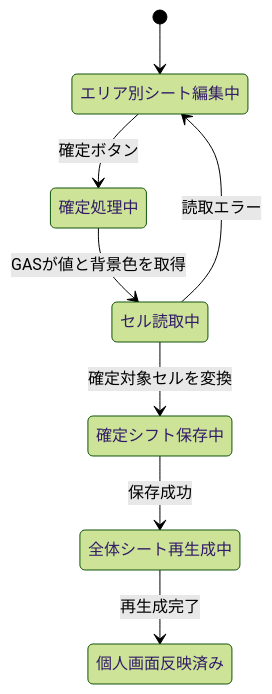
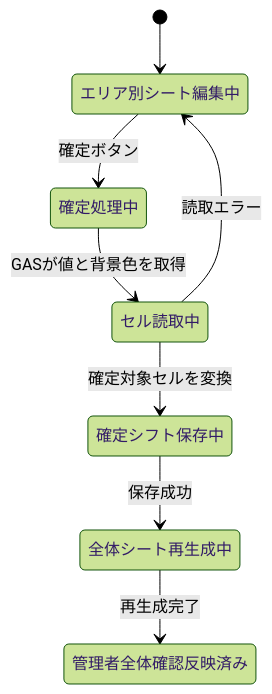
The fifth of 7 diagrams in .docx/Design.md (OgawaTatsukicreator/shift-submission), drawn with Mermaid (forest theme) before and after one commit. The commit also changed other lines of this file and 4 other files, not shown here.

````diff
--- a/.docx/Design.md
+++ b/.docx/Design.md
@@ -270,10 +330,10 @@
 ```mermaid
 stateDiagram-v2
   [*] --> エリア別シート編集中
   エリア別シート編集中 --> 確定処理中: 確定ボタン
   確定処理中 --> セル読取中: GASが値と背景色を取得
   セル読取中 --> 確定シフト保存中: 確定対象セルを変換
   確定シフト保存中 --> 全体シート再生成中: 保存成功
-  全体シート再生成中 --> 個人画面反映済み: 再生成完了
+  全体シート再生成中 --> 管理者全体確認反映済み: 再生成完了
   セル読取中 --> エリア別シート編集中: 読取エラー
 ```
````
